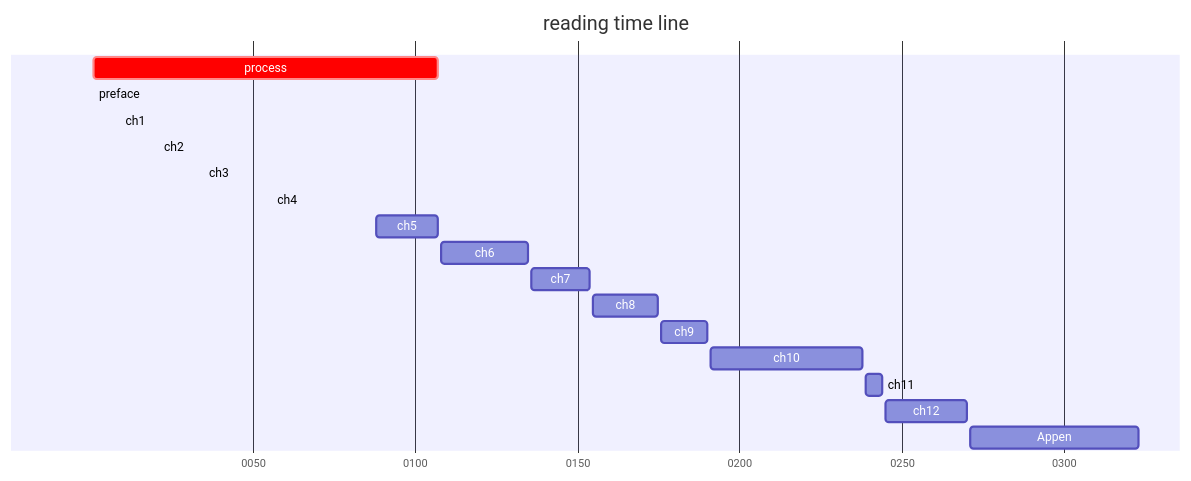
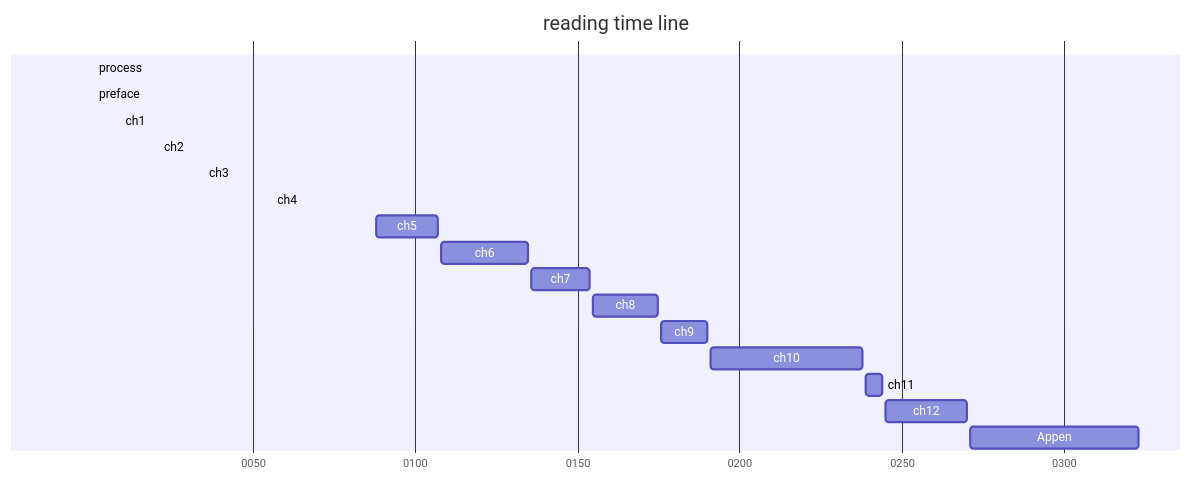
Before and after one commit to ywjpanda/Mastering-Bitcoin: the third of 3 diagrams in README.md, drawn with Mermaid.

````diff
--- a/README.md
+++ b/README.md
@@ -39,22 +39,22 @@
 ```mermaid
 gantt
 	dateFormat YYYY
 	axisFormat %Y
 	title reading time line
-	process: crit,0001,0107
+	process: crit,0001,0027
 	preface: done,0001,0008
 
 	ch1: done,0009,0020
 	ch2: done,0021,0034
 	ch3: active,0035,0055
 	ch4: 0056,0087
 	ch5: 0088,0107
 	ch6: 0108,0135
 	ch7: 0136,0154
 	ch8: 0155,0175
 	ch9: 0176,0190
 	ch10: 0191,0238
 	ch11: 0239,0244
 	ch12: 0245,0270
 	Appen:0271,0323
 ```
````
